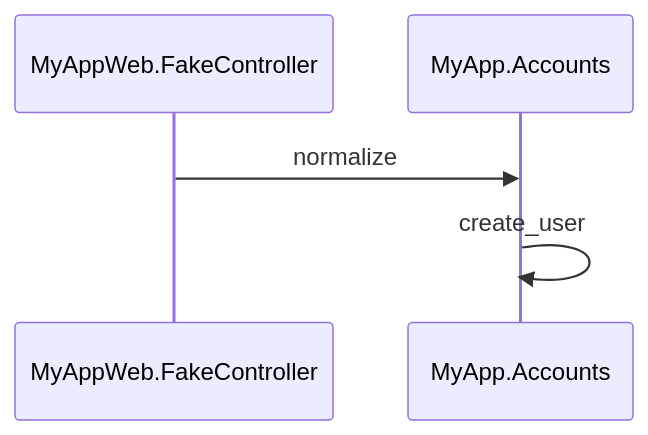
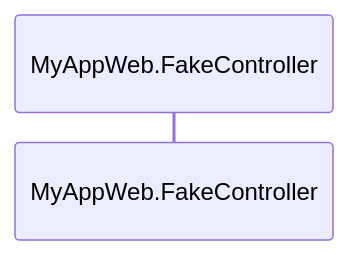
The diagram in sequence_diagram.md (claudionts/pipe_trace), drawn with Mermaid before and after one commit. The commit also changed 7 other files, not shown here.

````diff
--- a/sequence_diagram.md
+++ b/sequence_diagram.md
@@ -1,7 +1,4 @@
 ```mermaid
 sequenceDiagram
 participant MyAppWeb.FakeController
-participant MyApp.Accounts
-MyAppWeb.FakeController->>MyApp.Accounts: normalize
-MyApp.Accounts->>MyApp.Accounts: create_user
 ```
````
